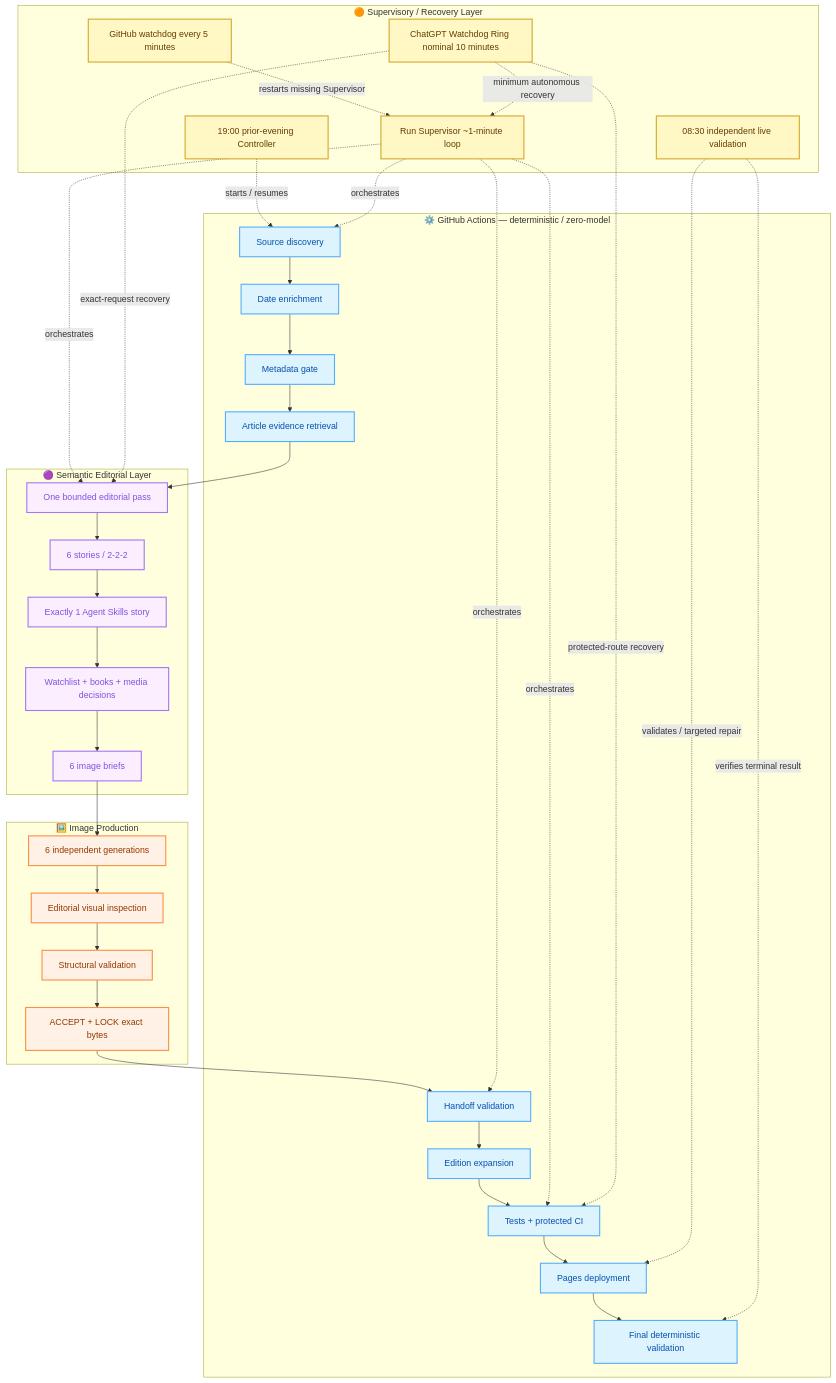
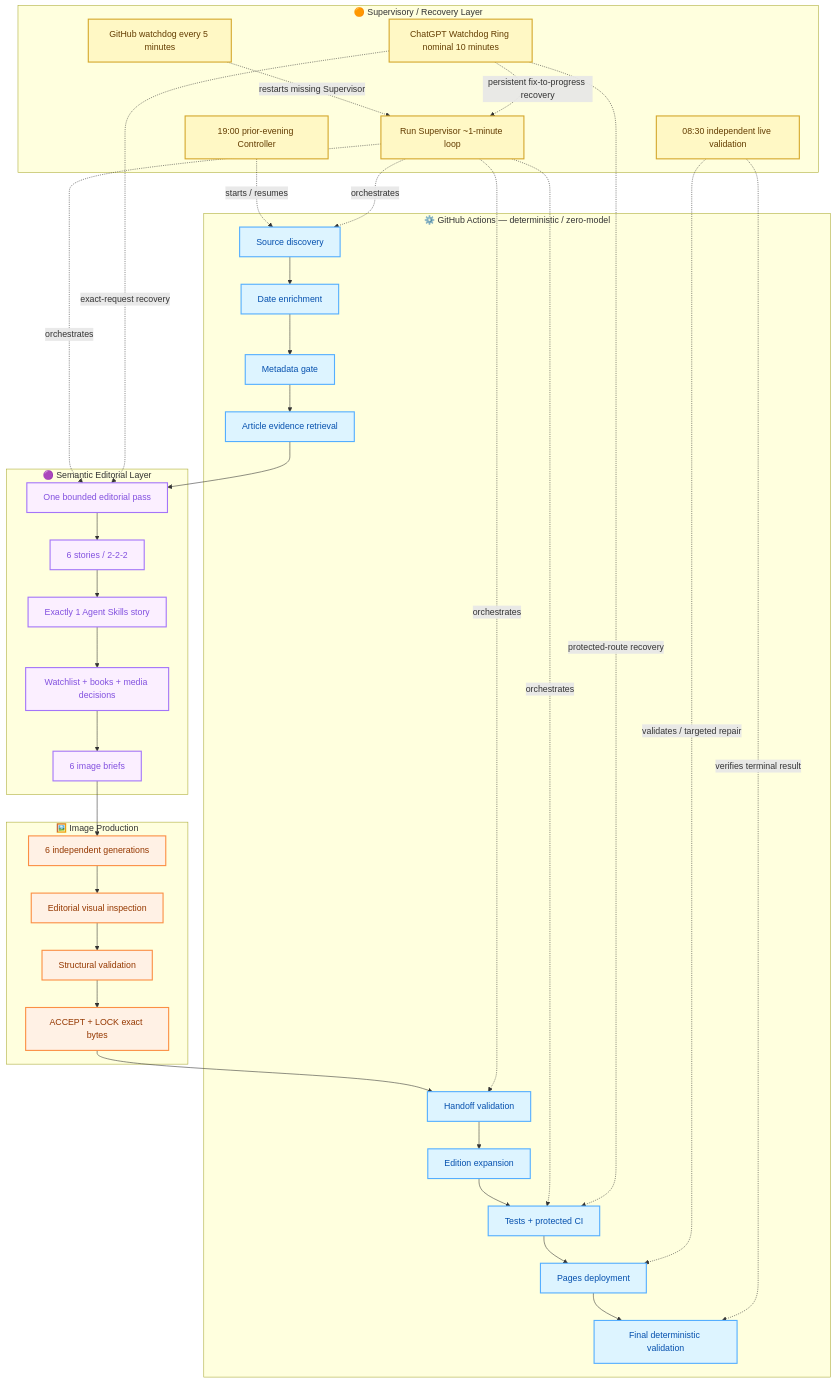
The third of 9 diagrams in docs/operations/LIVING-SYSTEM-OPERATIONS.md (gttome/Daily-AI-Brief), drawn with Mermaid before and after one commit. The commit also changed other lines of this file, not shown here.

Commit message:
Synchronize living operations with persistent Watchdog recovery

````diff
--- a/docs/operations/LIVING-SYSTEM-OPERATIONS.md
+++ b/docs/operations/LIVING-SYSTEM-OPERATIONS.md
@@ -371,64 +371,64 @@
 ```mermaid
 flowchart TB
     subgraph GA["⚙️ GitHub Actions — deterministic / zero-model"]
       G1["Source discovery"]
       G2["Date enrichment"]
       G3["Metadata gate"]
       G4["Article evidence retrieval"]
       G5["Handoff validation"]
       G6["Edition expansion"]
       G7["Tests + protected CI"]
       G8["Pages deployment"]
       G9["Final deterministic validation"]
     end
 
     subgraph SEM["🟣 Semantic Editorial Layer"]
       S1["One bounded editorial pass"]
       S2["6 stories / 2-2-2"]
       S3["Exactly 1 Agent Skills story"]
       S4["Watchlist + books + media decisions"]
       S5["6 image briefs"]
     end
 
     subgraph IMG["🖼️ Image Production"]
       I1["6 independent generations"]
       I2["Editorial visual inspection"]
       I3["Structural validation"]
       I4["ACCEPT + LOCK exact bytes"]
     end
 
     subgraph SUP["🟠 Supervisory / Recovery Layer"]
       R1["19:00 prior-evening Controller"]
       R2["Run Supervisor ~1-minute loop"]
       R3["GitHub watchdog every 5 minutes"]
       R4["ChatGPT Watchdog Ring nominal 10 minutes"]
       R5["08:30 independent live validation"]
     end
 
     G1 --> G2 --> G3 --> G4 --> S1
     S1 --> S2 --> S3 --> S4 --> S5 --> I1
     I1 --> I2 --> I3 --> I4 --> G5
     G5 --> G6 --> G7 --> G8 --> G9
 
     R1 -. starts / resumes .-> G1
     R2 -. orchestrates .-> G1
     R2 -. orchestrates .-> S1
     R2 -. orchestrates .-> G5
     R2 -. orchestrates .-> G7
     R3 -. restarts missing Supervisor .-> R2
-    R4 -. minimum autonomous recovery .-> R2
+    R4 -. persistent fix-to-progress recovery .-> R2
     R4 -. exact-request recovery .-> S1
     R4 -. protected-route recovery .-> G7
     R5 -. validates / targeted repair .-> G8
     R5 -. verifies terminal result .-> G9
 
     classDef gh fill:#ddf4ff,color:#0550ae,stroke:#54aeff,stroke-width:2px;
     classDef sem fill:#fbefff,color:#8250df,stroke:#a475f9,stroke-width:2px;
     classDef img fill:#fff1e5,color:#953800,stroke:#fb8f44,stroke-width:2px;
     classDef sup fill:#fff8c5,color:#633c01,stroke:#d4a72c,stroke-width:2px;
 
     class G1,G2,G3,G4,G5,G6,G7,G8,G9 gh;
     class S1,S2,S3,S4,S5 sem;
     class I1,I2,I3,I4 img;
     class R1,R2,R3,R4,R5 sup;
 ```
````
